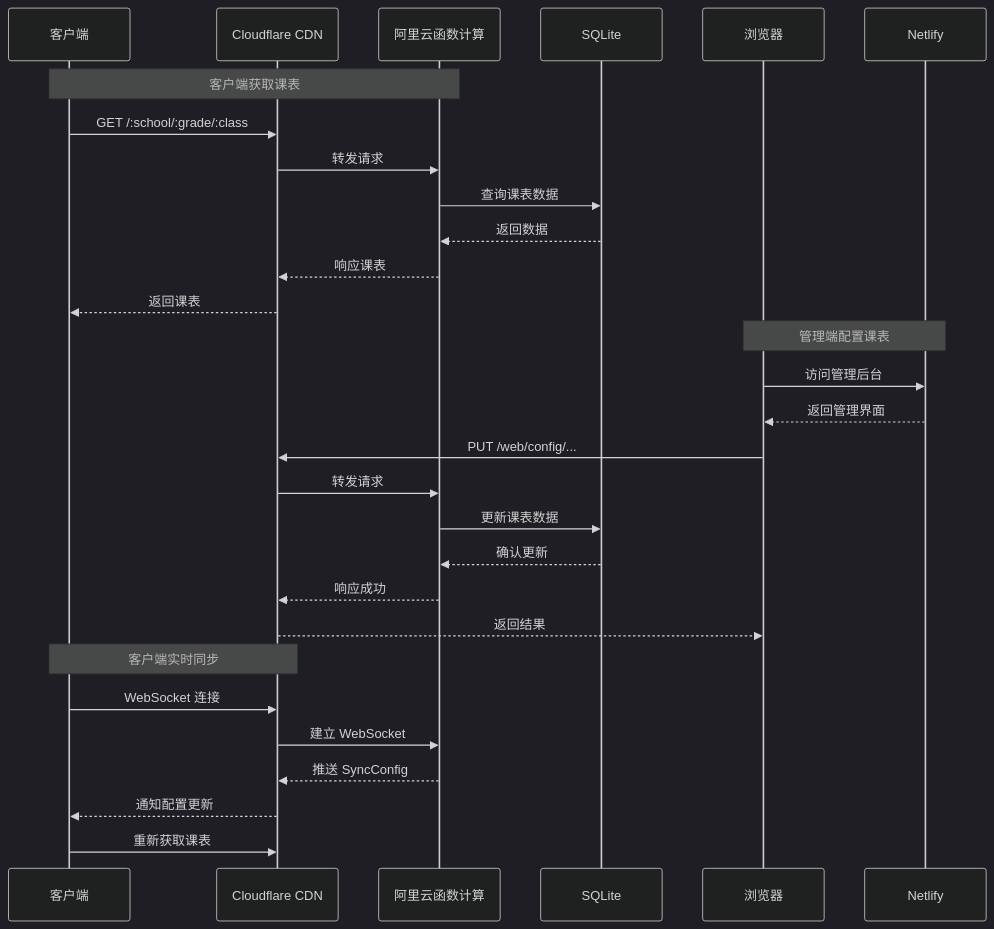
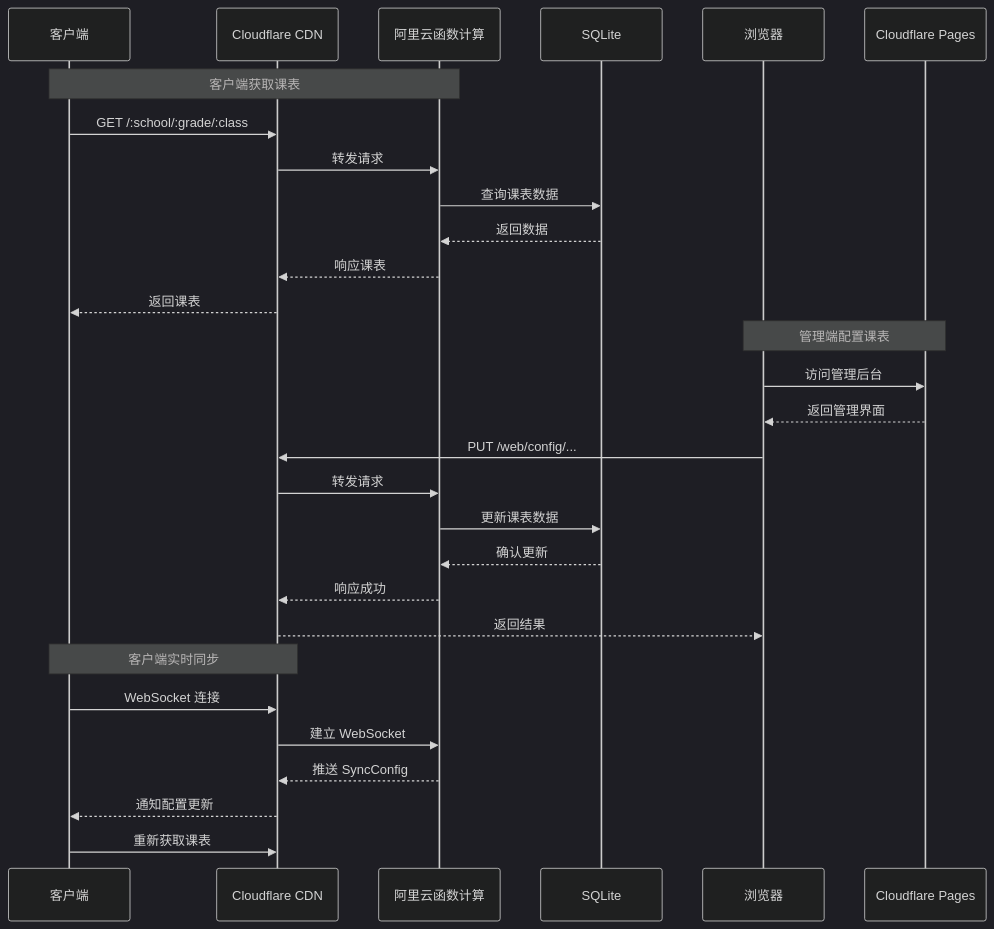
Before and after one commit to AstraSchedule/docs-site: the second of 5 diagrams in docs/guide/lowcost/architecture.md, drawn with Mermaid (dark theme). The commit also changed other lines of this file and 9 other files, not shown here.

Commit message:
📝 docs: 将管理端部署文档从 Netlify 全面更新为 Cloudflare Pages

````diff
--- a/docs/guide/lowcost/architecture.md
+++ b/docs/guide/lowcost/architecture.md
@@ -41,34 +41,34 @@
 ```mermaid
 sequenceDiagram
     participant C as 客户端
     participant CF as Cloudflare CDN
     participant FC as 阿里云函数计算
     participant DB as SQLite
     participant B as 浏览器
-    participant NL as Netlify
+    participant NL as Cloudflare Pages
     
     Note over C,FC: 客户端获取课表
     C->>CF: GET /:school/:grade/:class
     CF->>FC: 转发请求
     FC->>DB: 查询课表数据
     DB-->>FC: 返回数据
     FC-->>CF: 响应课表
     CF-->>C: 返回课表
     
     Note over B,NL: 管理端配置课表
     B->>NL: 访问管理后台
     NL-->>B: 返回管理界面
     B->>CF: PUT /web/config/...
     CF->>FC: 转发请求
     FC->>DB: 更新课表数据
     DB-->>FC: 确认更新
     FC-->>CF: 响应成功
     CF-->>B: 返回结果
     
     Note over C,CF: 客户端实时同步
     C->>CF: WebSocket 连接
     CF->>FC: 建立 WebSocket
     FC-->>CF: 推送 SyncConfig
     CF-->>C: 通知配置更新
     C->>CF: 重新获取课表
 ```
````
